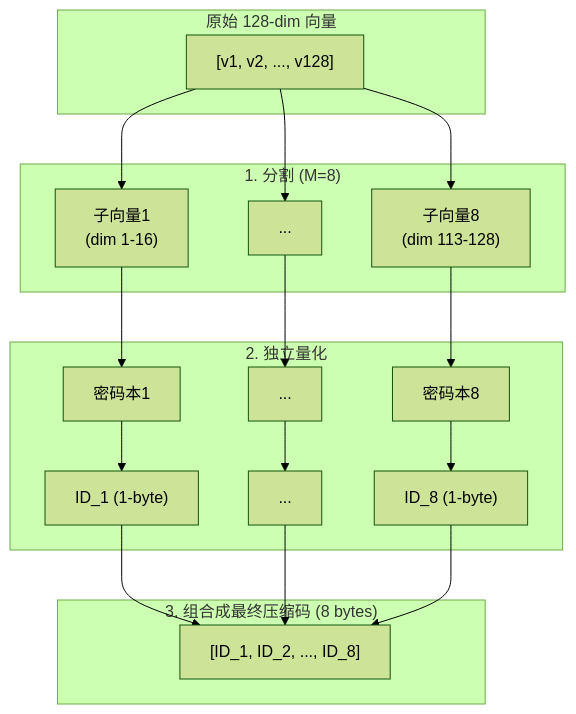
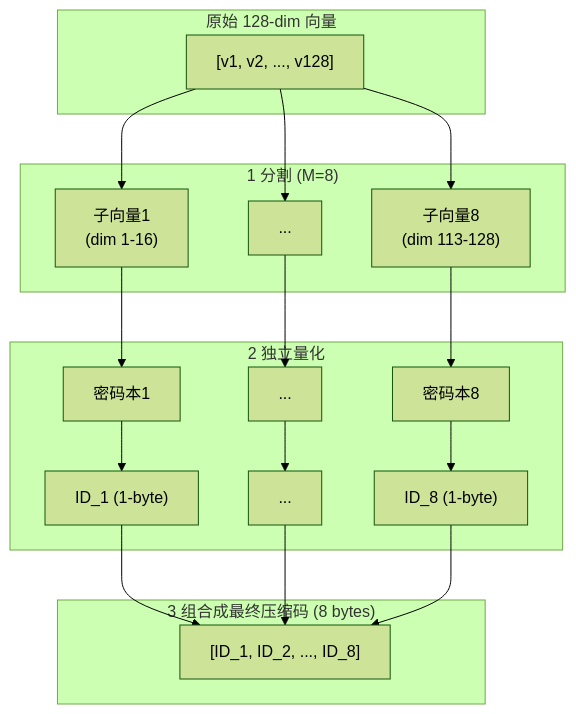
One commit to digoal/blog changed the sixth of 9 diagrams in 202506/20250620_01.md. Above: the diagram before and after it, drawn with Mermaid (forest theme). The commit also changed other lines of this file, not shown here.

````diff
--- a/202506/20250620_01.md
+++ b/202506/20250620_01.md
@@ -312,28 +312,28 @@
 ```mermaid
 graph TD
     subgraph "原始 128-dim 向量"
         V_full["[v1, v2, ..., v128]"]
     end
     
-    subgraph "1. 分割 (M=8)"
+    subgraph "1 分割 (M=8)"
         V1["子向量1<br>(dim 1-16)"]
         V2["..."]
         V8["子向量8<br>(dim 113-128)"]
     end
 
-    subgraph "2. 独立量化"
+    subgraph "2 独立量化"
         CB1["密码本1"] --> ID1["ID_1 (1-byte)"]
         CB2["..."] --> ID2["..."]
         CB8["密码本8"] --> ID8["ID_8 (1-byte)"]
     end
     
-    subgraph "3. 组合成最终压缩码 (8 bytes)"
+    subgraph "3 组合成最终压缩码 (8 bytes)"
         FinalCode["[ID_1, ID_2, ..., ID_8]"]
     end
 
     V_full --> V1 & V2 & V8
     V1 --> CB1
     V2 --> CB2
     V8 --> CB8
     ID1 & ID2 & ID8 --> FinalCode
 ```
````
